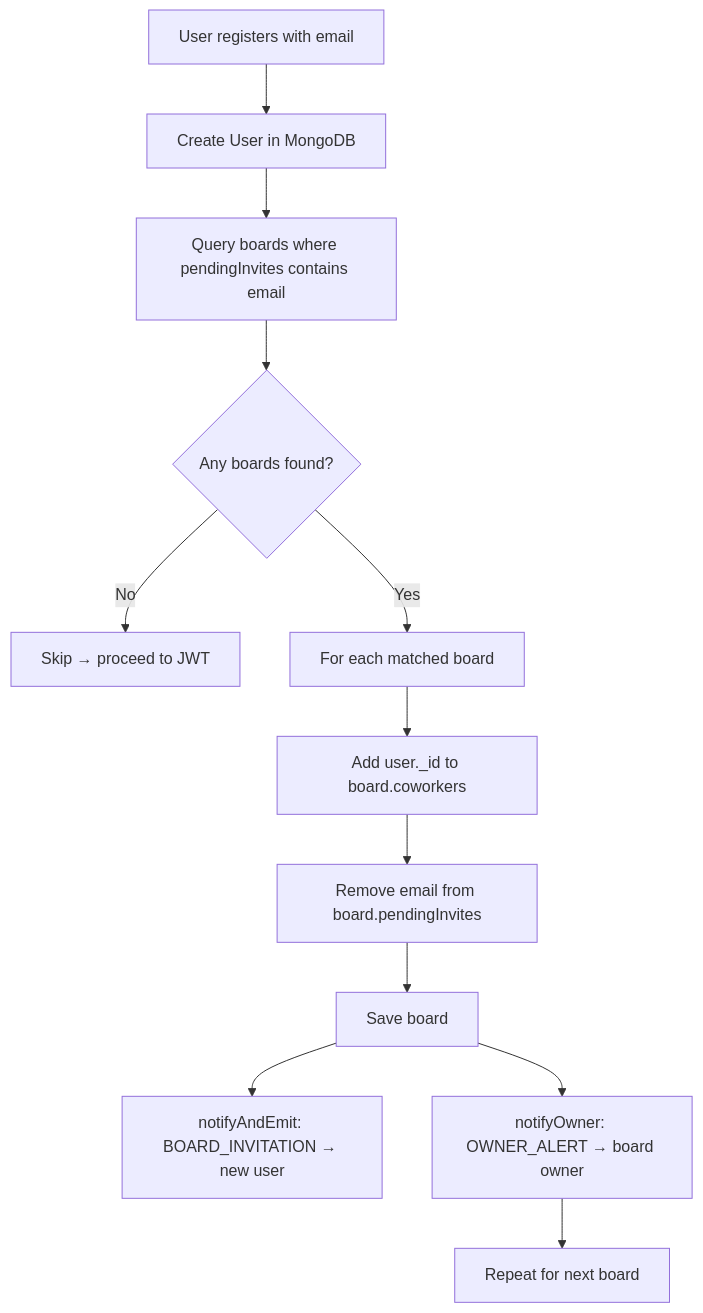
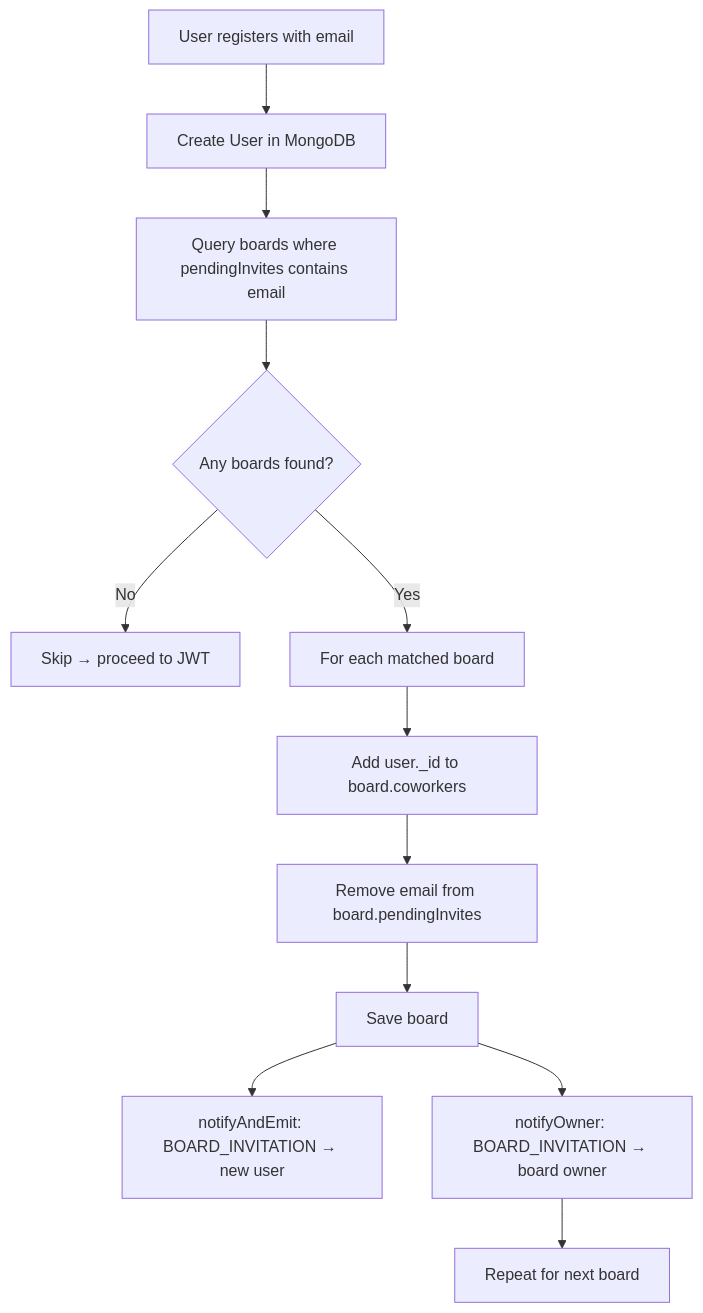
One commit to maryamKR/TaskFlow-Project changed the second of 2 diagrams in backend/docs/pending-invitations-flow.md. Above: the diagram before and after it, drawn with Mermaid. The commit also changed other lines of this file and 6 other files, not shown here.

````diff
--- a/backend/docs/pending-invitations-flow.md
+++ b/backend/docs/pending-invitations-flow.md
@@ -84,14 +84,14 @@
 ```mermaid
 graph TD
     A[User registers with email] --> B[Create User in MongoDB]
     B --> C[Query boards where pendingInvites contains email]
     C --> D{Any boards found?}
     D -- No --> E[Skip → proceed to JWT]
     D -- Yes --> F[For each matched board]
     F --> G[Add user._id to board.coworkers]
     G --> H[Remove email from board.pendingInvites]
     H --> I[Save board]
     I --> J[notifyAndEmit: BOARD_INVITATION → new user]
-    I --> K[notifyOwner: OWNER_ALERT → board owner]
+    I --> K[notifyOwner: BOARD_INVITATION → board owner]
     K --> L[Repeat for next board]
 ```
````
